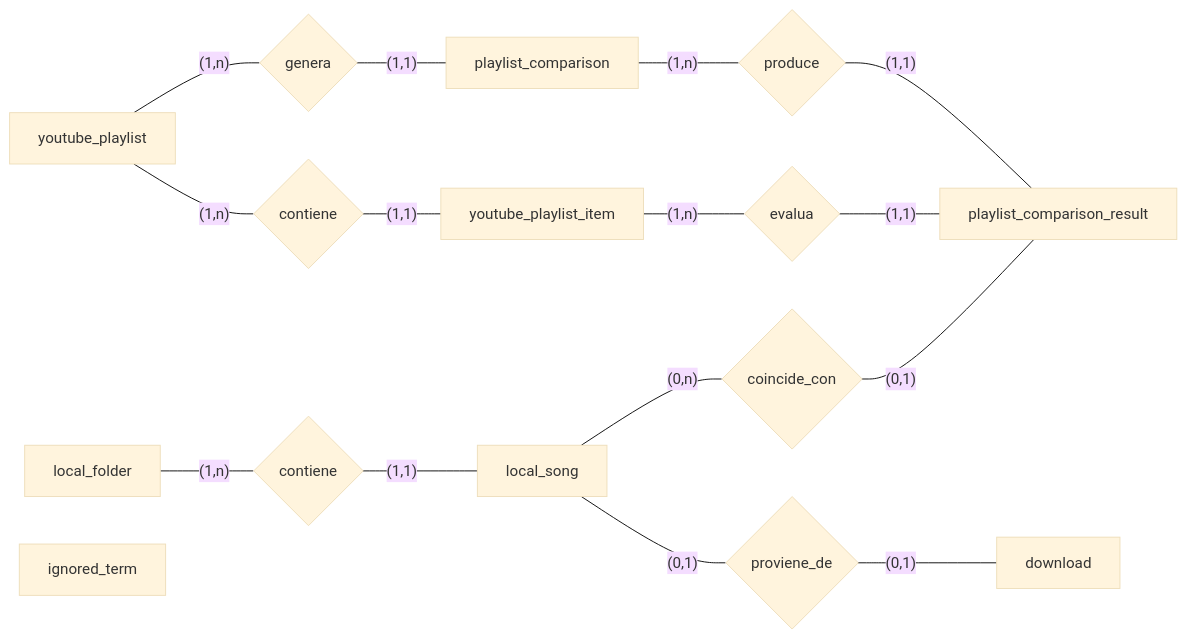
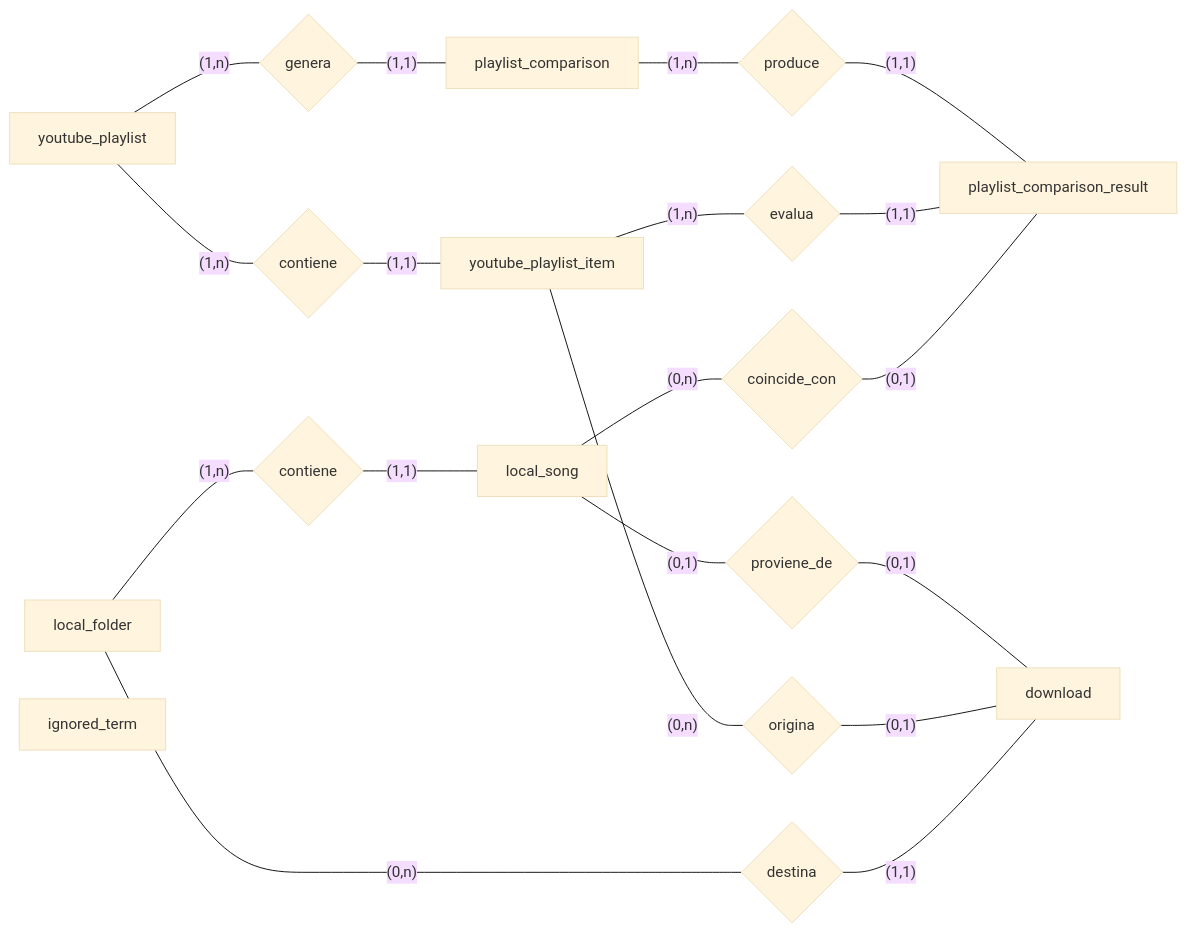
The diagram in doc/bbdd/erModel.md (AngelRagel05/AppMusic), drawn with Mermaid (base theme) before and after one commit. The commit also changed other lines of this file and 240 other files, not shown here.

````diff
--- a/doc/bbdd/erModel.md
+++ b/doc/bbdd/erModel.md
@@ -20,40 +20,48 @@
 ```mermaid
 flowchart LR
     youtube_playlist[youtube_playlist]
     youtube_playlist_item[youtube_playlist_item]
     playlist_comparison[playlist_comparison]
     playlist_comparison_result[playlist_comparison_result]
     local_folder[local_folder]
     local_song[local_song]
     download[download]
     ignored_term[ignored_term]
 
     contiene{contiene}
     genera_comparacion{genera}
     produce_resultado{produce}
     evalua_item{evalua}
     coincide_con{coincide_con}
     contiene_cancion{contiene}
     proviene_de{proviene_de}
+    origina_descarga{origina}
+    destina_descarga{destina}
 
     youtube_playlist ---|" (1,n) "| contiene
     contiene ---|" (1,1) "| youtube_playlist_item
 
     youtube_playlist ---|" (1,n) "| genera_comparacion
     genera_comparacion ---|" (1,1) "| playlist_comparison
 
     playlist_comparison ---|" (1,n) "| produce_resultado
     produce_resultado ---|" (1,1) "| playlist_comparison_result
 
     youtube_playlist_item ---|" (1,n) "| evalua_item
     evalua_item ---|" (1,1) "| playlist_comparison_result
 
     local_song ---|" (0,n) "| coincide_con
     coincide_con ---|" (0,1) "| playlist_comparison_result
 
     local_folder ---|" (1,n) "| contiene_cancion
     contiene_cancion ---|" (1,1) "| local_song
 
     local_song ---|" (0,1) "| proviene_de
     proviene_de ---|" (0,1) "| download
+
+    youtube_playlist_item ---|" (0,n) "| origina_descarga
+    origina_descarga ---|" (0,1) "| download
+
+    local_folder ---|" (0,n) "| destina_descarga
+    destina_descarga ---|" (1,1) "| download
 ```
````
